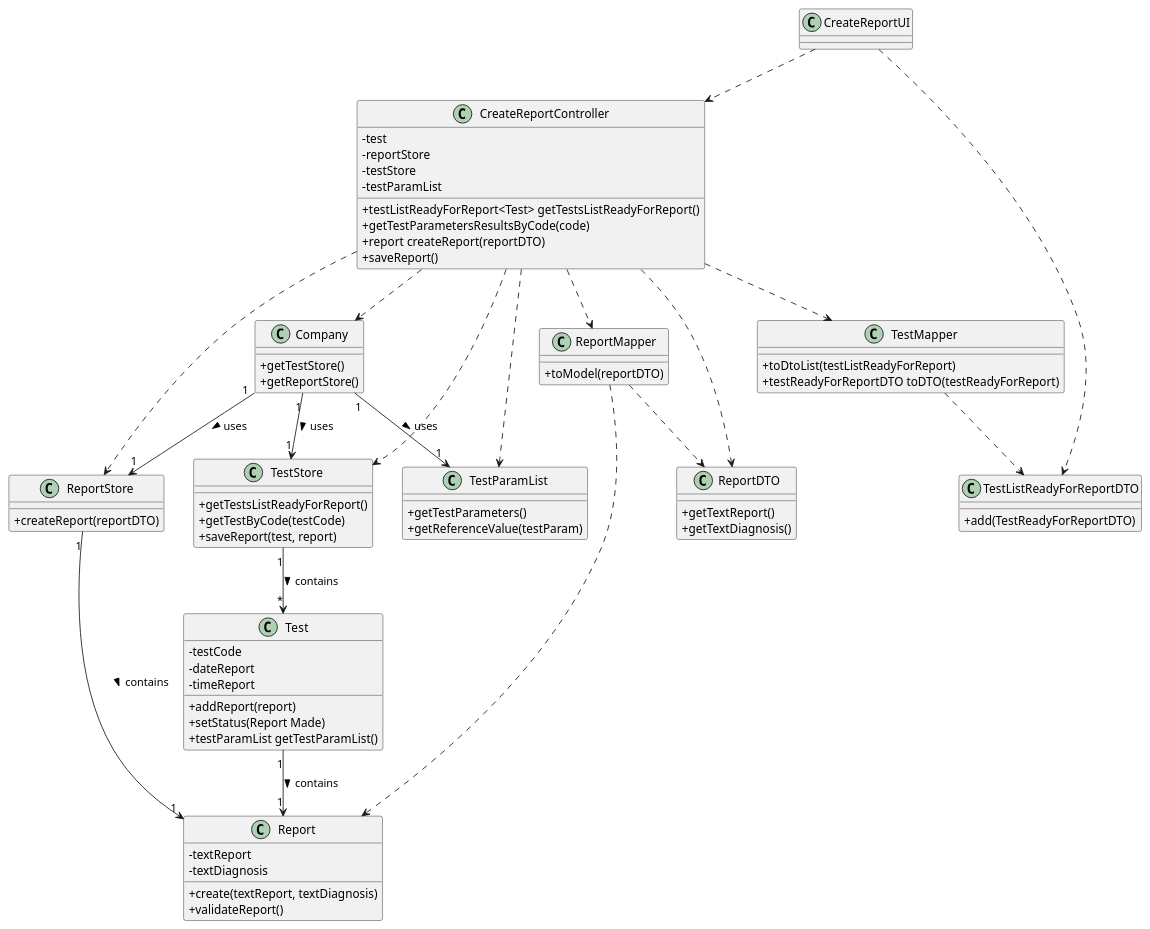
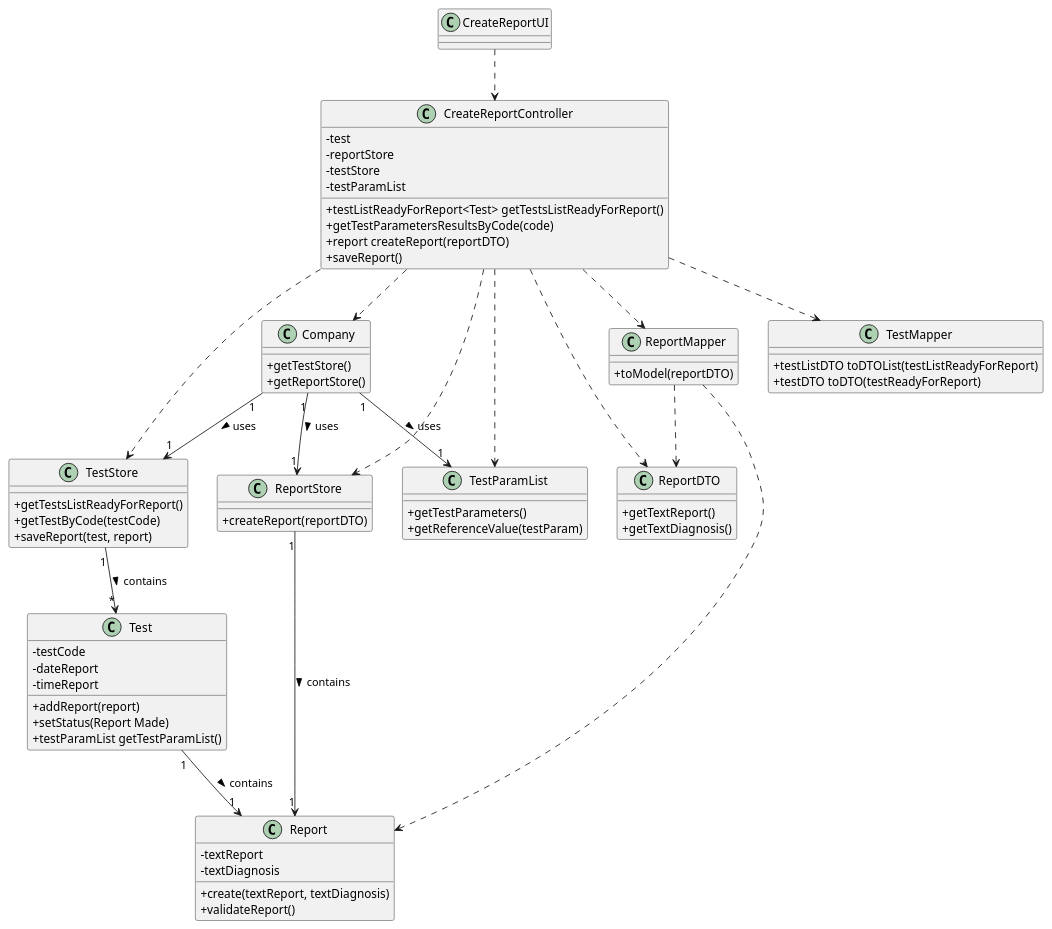
Before and after one commit to MadDinosaur/ISEP-LAPR2: the diagram in docs/SprintC/US14/US14_CD.puml, drawn with PlantUML. The commit also changed 6 other files, not shown here.

```diff
--- a/docs/SprintC/US14/US14_CD.puml
+++ b/docs/SprintC/US14/US14_CD.puml
@@ -1,100 +1,94 @@
 @startuml
 
 skinparam classAttributeIconSize 0
 
 class CreateReportUI
 
 class CreateReportController {
 -test
 -reportStore
 -testStore
 -testParamList
 
 
 +testListReadyForReport<Test> getTestsListReadyForReport()
 +getTestParametersResultsByCode(code)
 +report createReport(reportDTO)
 +saveReport()
 }
 
 class Company {
 +getTestStore()
 +getReportStore()
 }
 
 class TestStore {
 +getTestsListReadyForReport()
 +getTestByCode(testCode)
 +saveReport(test, report)
 }
 
 class Test {
 -testCode
 -dateReport
 -timeReport
 
 +addReport(report)
 +setStatus(Report Made)
 +testParamList getTestParamList()
 }
 
 class ReportStore {
 +createReport(reportDTO)
 }
 
 class ReportMapper {
 +toModel(reportDTO)
 }
 
 class ReportDTO {
 +getTextReport()
 +getTextDiagnosis()
 }
 
 class Report {
 -textReport
 -textDiagnosis
 
 +create(textReport, textDiagnosis)
 +validateReport()
 }
 
 class TestMapper {
-+toDtoList(testListReadyForReport)
-+testReadyForReportDTO toDTO(testReadyForReport)
-}
-
-class TestListReadyForReportDTO {
-+add(TestReadyForReportDTO)
++testListDTO toDTOList(testListReadyForReport)
++testDTO toDTO(testReadyForReport)
 }
 
 class TestParamList {
 +getTestParameters()
 +getReferenceValue(testParam)
 }
 
 CreateReportUI ..> CreateReportController
 CreateReportController ..> Company
 Company "1"-down->"1" TestStore: uses >
 Company "1"-down->"1" ReportStore: uses >
 Company "1"-down->"1" TestParamList: uses >
 TestStore "1"-->"*" Test: contains >
 Test "1"-->"1" Report: contains >
 CreateReportController ..> TestStore
 CreateReportController ..> ReportStore
 
 
 CreateReportController ..> TestMapper
-TestMapper ..> TestListReadyForReportDTO
 
 
 CreateReportController ..> ReportDTO
 CreateReportController ..> ReportMapper
 ReportMapper ..> ReportDTO
 ReportMapper ..> Report
 ReportStore "1"-->"1" Report: contains >
 
 CreateReportController ..> TestParamList
 
-CreateReportUI ..> TestListReadyForReportDTO
 @enduml
```
